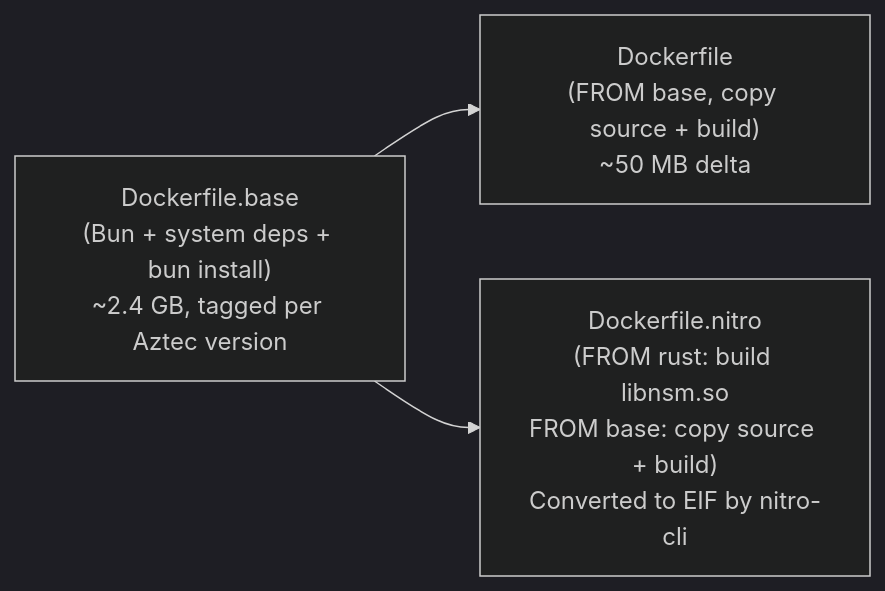
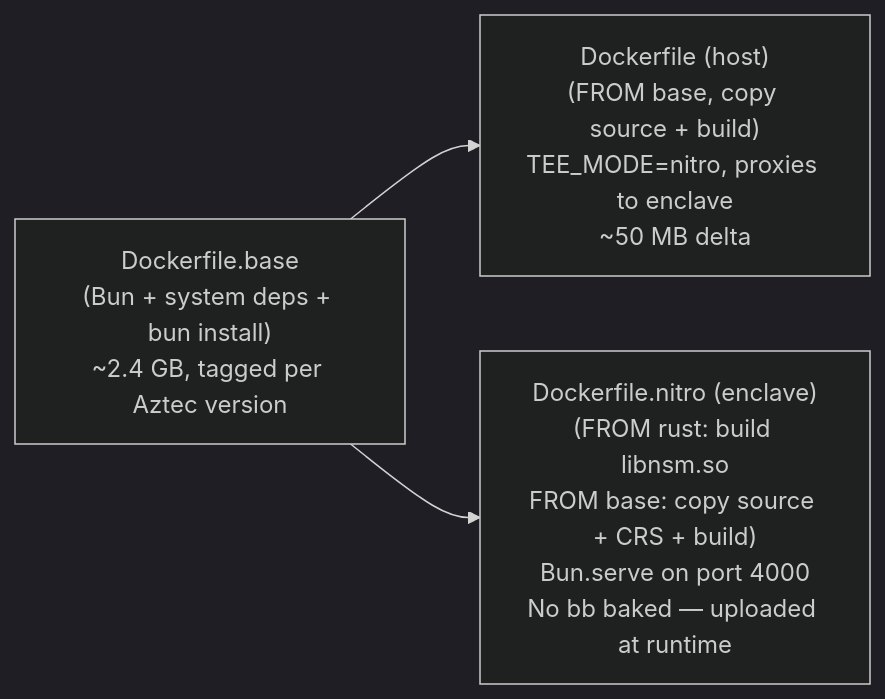
The fourth of 4 diagrams in docs/architecture.md (alejoamiras/tee-rex), drawn with Mermaid (dark theme) before and after one commit. The commit also changed other lines of this file and 40 other files, not shown here.

First line of the commit message:
feat: thin enclave architecture — host-managed bb versions (#193)

````diff
--- a/docs/architecture.md
+++ b/docs/architecture.md
@@ -114,9 +113,9 @@
 ```mermaid
 graph LR
   Base["Dockerfile.base<br/>(Bun + system deps + bun install)<br/>~2.4 GB, tagged per Aztec version"]
-  Prover["Dockerfile<br/>(FROM base, copy source + build)<br/>~50 MB delta"]
-  Nitro["Dockerfile.nitro<br/>(FROM rust: build libnsm.so<br/>FROM base: copy source + build)<br/>Converted to EIF by nitro-cli"]
+  Host["Dockerfile (host)<br/>(FROM base, copy source + build)<br/>TEE_MODE=nitro, proxies to enclave<br/>~50 MB delta"]
+  Nitro["Dockerfile.nitro (enclave)<br/>(FROM rust: build libnsm.so<br/>FROM base: copy source + CRS + build)<br/>Bun.serve on port 4000<br/>No bb baked — uploaded at runtime"]
 
-  Base --> Prover
+  Base --> Host
   Base --> Nitro
 ```
````
